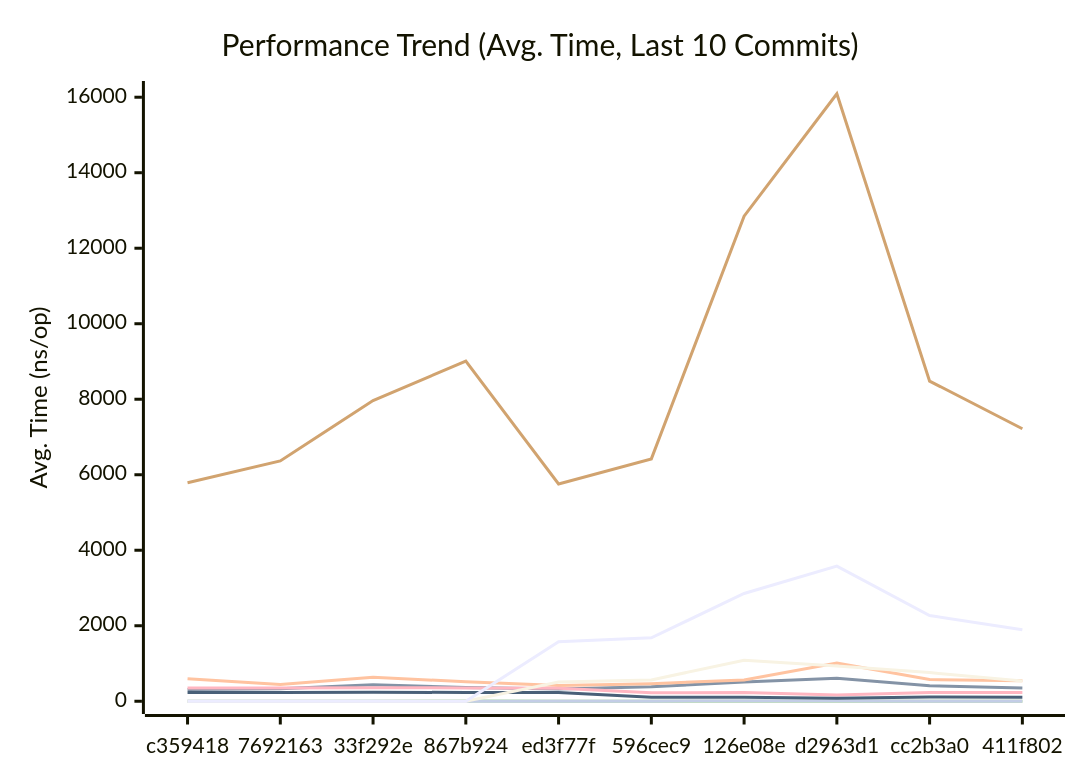
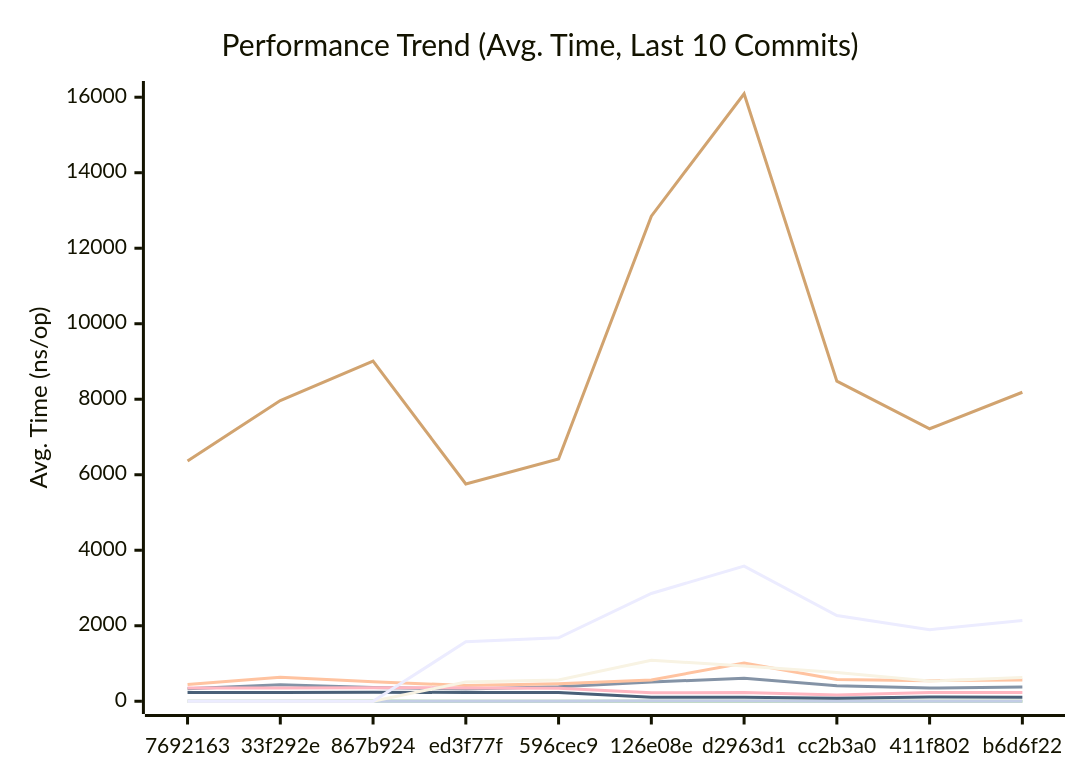
Before and after one commit to alsotoes/momo: the first of 3 diagrams in docs/PERFORMANCE.md, drawn with Mermaid. The commit also changed other lines of this file and 3 other files, not shown here.

````diff
--- a/docs/PERFORMANCE.md
+++ b/docs/PERFORMANCE.md
@@ -128,18 +128,18 @@
 ```mermaid
 xychart-beta
     title "Performance Trend (Avg. Time, Last 10 Commits)"
     x-axis "Commit"
     y-axis "Avg. Time (ns/op)"
-    x-axis [c359418,7692163,33f292e,867b924,ed3f77f,596cec9,126e08e,d2963d1,cc2b3a0,411f802]
-    line "CheckMetricsAndSwap" [8,9,13,13,8,9,22,17,13,11]
-    line "CrushOptimized" [308,332,438,367,326,382,508,611,411,349]
-    line "CrushOriginal" [593,442,635,518,416,464,564,1014,574,546]
-    line "IndexDirectTracking" [0,0,0,1,0,0,1,1,0,0]
-    line "IndexSearch" [3,3,3,4,2,2,2,3,2,2]
-    line "LoadGlobalConfig" [5790,6366,7966,9009,5754,6420,12850,16092,8480,7218]
-    line "PadString" [2,2,2,3,2,3,4,4,3,2]
+    x-axis [7692163,33f292e,867b924,ed3f77f,596cec9,126e08e,d2963d1,cc2b3a0,411f802,b6d6f22]
+    line "CheckMetricsAndSwap" [9,13,13,8,9,22,17,13,11,11]
+    line "CrushOptimized" [332,438,367,326,382,508,611,411,349,375]
+    line "CrushOriginal" [442,635,518,416,464,564,1014,574,546,560]
+    line "IndexDirectTracking" [0,0,1,0,0,1,1,0,0,0]
+    line "IndexSearch" [3,3,4,2,2,2,3,2,2,2]
+    line "LoadGlobalConfig" [6366,7966,9009,5754,6420,12850,16092,8480,7218,8185]
+    line "PadString" [2,2,3,2,3,4,4,3,2,3]
     line "ParseReplicationOrder_NoPrealloc" [350,349,357,354,345,225,229,165,232,234]
     line "ParseReplicationOrder_Prealloc" [229,231,237,234,229,108,107,80,110,109]
-    line "SanitizeLog/Safe" [0,0,0,0,510,564,1086,932,759,535]
-    line "SanitizeLog/Unsafe" [0,0,0,0,1574,1680,2855,3581,2269,1896]
+    line "SanitizeLog/Safe" [0,0,0,510,564,1086,932,759,535,626]
+    line "SanitizeLog/Unsafe" [0,0,0,1574,1680,2855,3581,2269,1896,2138]
 ```
````
